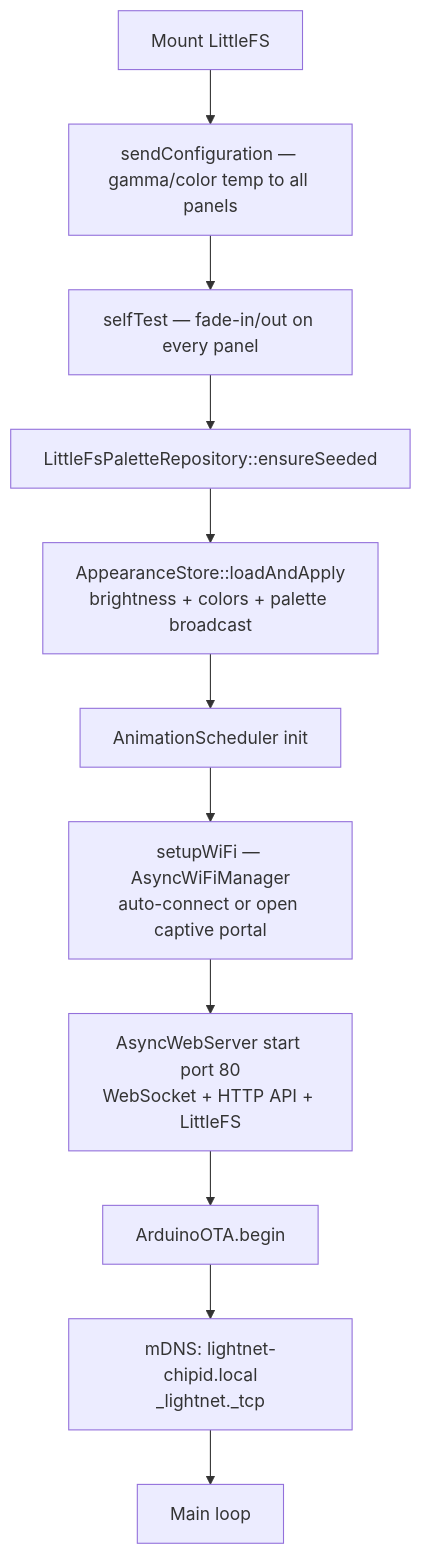
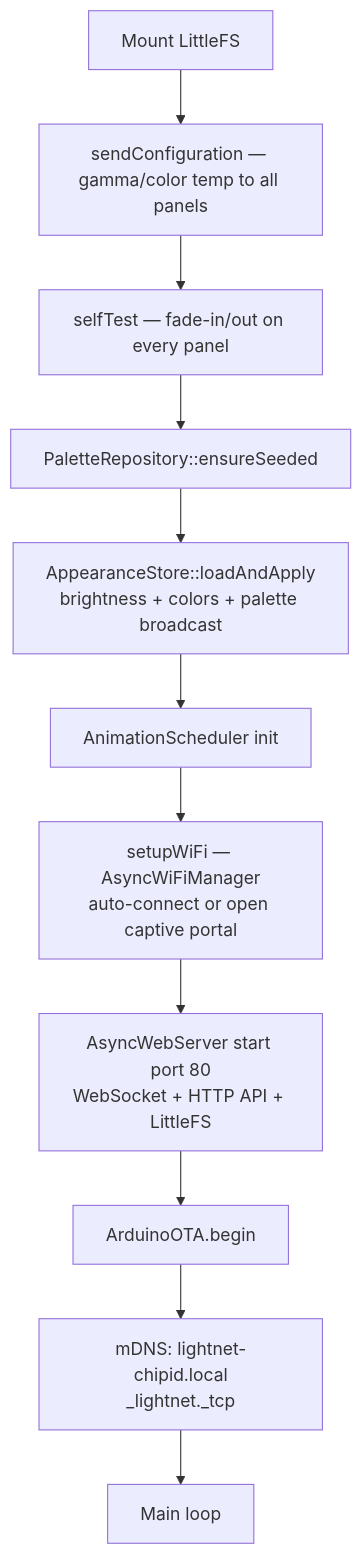
The fourth of 5 diagrams in docs/architecture.md (przemczan/lightnet-firmware), drawn with Mermaid before and after one commit. The commit also changed other lines of this file and 47 other files, not shown here.

````diff
--- a/docs/architecture.md
+++ b/docs/architecture.md
@@ -365,13 +366,13 @@
 ```mermaid
 flowchart TD
   A[Mount LittleFS] --> B[sendConfiguration — gamma/color temp to all panels]
   B --> C[selfTest — fade-in/out on every panel]
-  C --> D[LittleFsPaletteRepository::ensureSeeded]
+  C --> D[PaletteRepository::ensureSeeded]
   D --> E[AppearanceStore::loadAndApply\nbrightness + colors + palette broadcast]
   E --> F[AnimationScheduler init]
   F --> G[setupWiFi — AsyncWiFiManager\nauto-connect or open captive portal]
   G --> H[AsyncWebServer start port 80\nWebSocket + HTTP API + LittleFS]
   H --> I[ArduinoOTA.begin]
   I --> J[mDNS: lightnet-chipid.local\n_lightnet._tcp]
   J --> K[Main loop]
 ```
````
